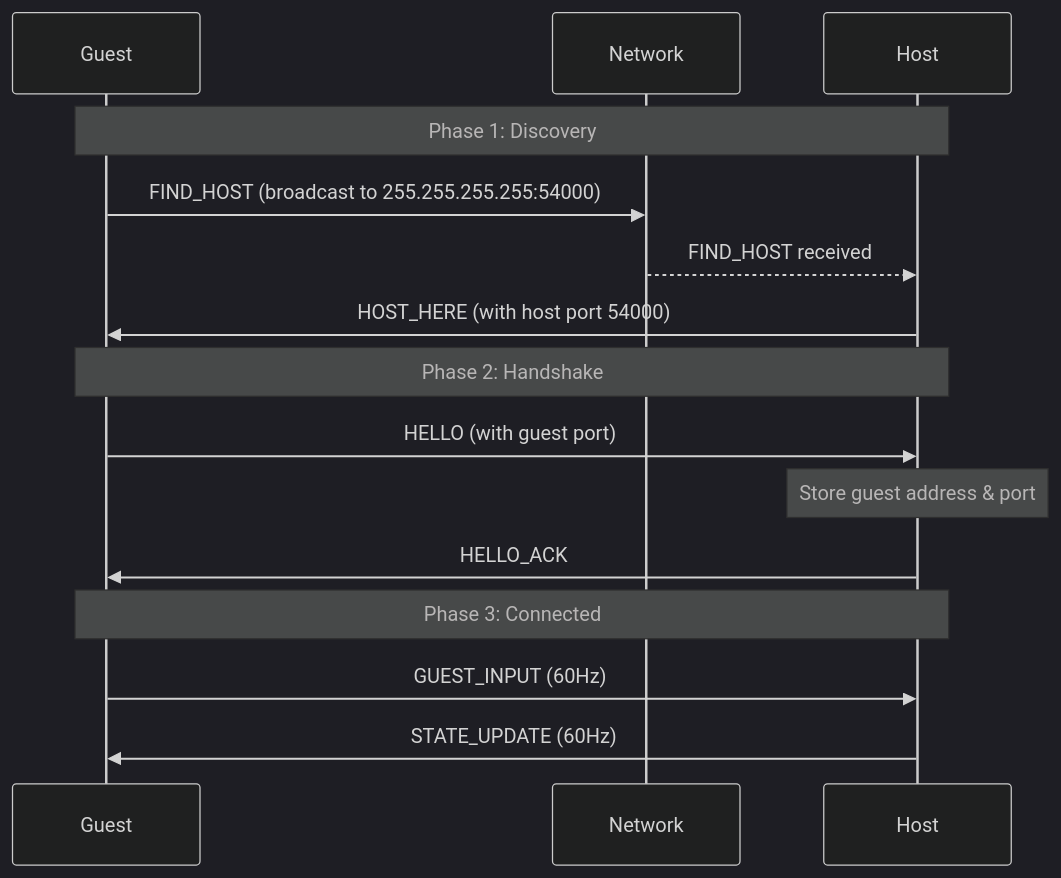
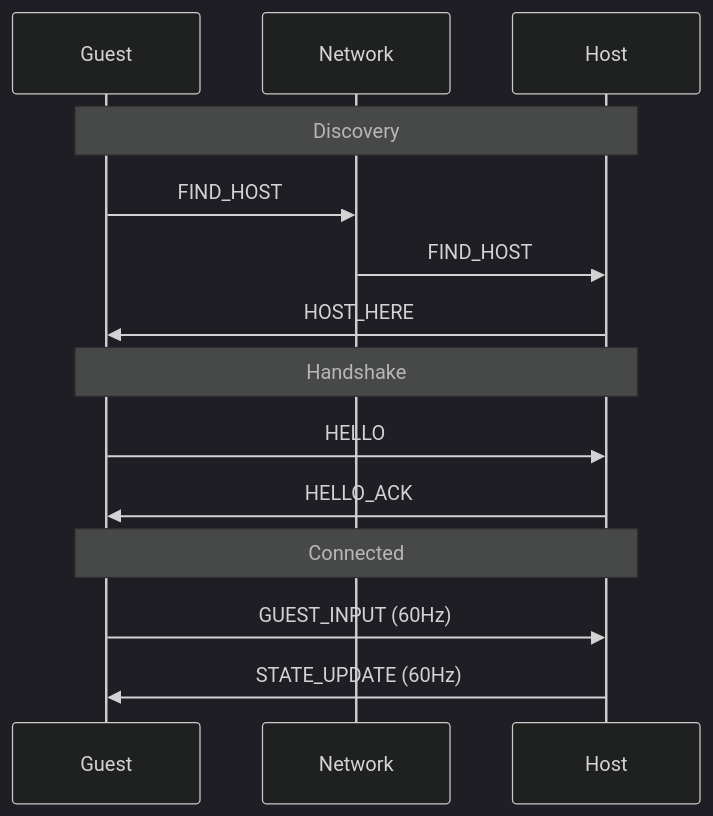
One commit to OlawoleAbayomi-Owodunni/pong-networking changed the third of 6 diagrams in DESIGN_REPORT.md. Above: the diagram before and after it, drawn with Mermaid (dark theme). The commit also changed other lines of this file, not shown here.

````diff
--- a/DESIGN_REPORT.md
+++ b/DESIGN_REPORT.md
@@ -208,20 +197,19 @@
 ```mermaid
 sequenceDiagram
     participant Guest
     participant Network
     participant Host
-    
-    Note over Guest,Host: Phase 1: Discovery
-    Guest->>Network: FIND_HOST (broadcast to 255.255.255.255:54000)
-    Network-->>Host: FIND_HOST received
-    Host->>Guest: HOST_HERE (with host port 54000)
-    
-    Note over Guest,Host: Phase 2: Handshake
-    Guest->>Host: HELLO (with guest port)
-    Note over Host: Store guest address & port
+
+    Note over Guest,Host: Discovery
+    Guest->>Network: FIND_HOST
+    Network->>Host: FIND_HOST
+    Host->>Guest: HOST_HERE
+
+    Note over Guest,Host: Handshake
+    Guest->>Host: HELLO
     Host->>Guest: HELLO_ACK
-    
-    Note over Guest,Host: Phase 3: Connected
+
+    Note over Guest,Host: Connected
     Guest->>Host: GUEST_INPUT (60Hz)
     Host->>Guest: STATE_UPDATE (60Hz)
 ```
````
